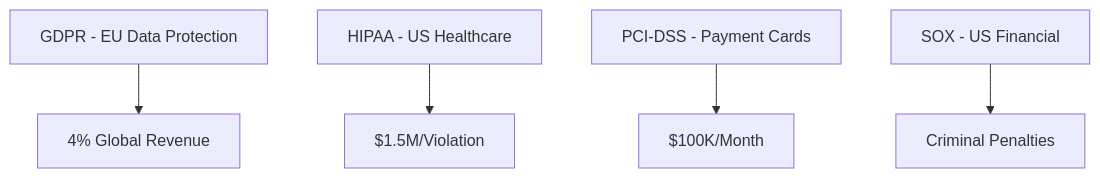
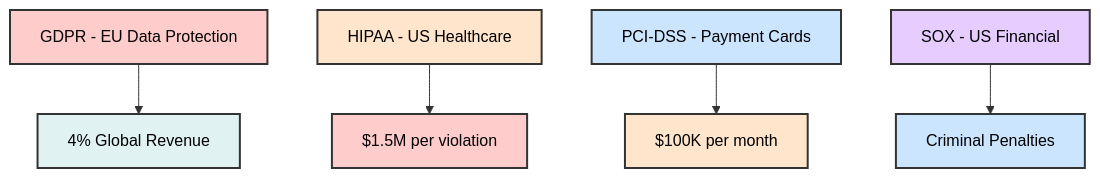
One commit to manojxshrestha/SOC-Analyst-Cheatsheet changed diagram 25 of 29 in 1-Incident-Handling-Process/README.md. Above: the diagram before and after it, drawn with Mermaid. The commit also changed other lines of this file, not shown here.

````diff
--- a/1-Incident-Handling-Process/README.md
+++ b/1-Incident-Handling-Process/README.md
@@ -1165,16 +1183,26 @@
 ```mermaid
 graph TD
     GDPR --> Fine1
     HIPAA --> Fine2
     PCI_DSS --> Fine3
     SOX --> Fine4
-    
+
     GDPR[GDPR - EU Data Protection]
     Fine1[4% Global Revenue]
     HIPAA[HIPAA - US Healthcare]
-    Fine2[$1.5M/Violation]
+    Fine2[$1.5M per violation]
     PCI_DSS[PCI-DSS - Payment Cards]
-    Fine3[$100K/Month]
+    Fine3[$100K per month]
     SOX[SOX - US Financial]
     Fine4[Criminal Penalties]
+
+    style GDPR fill:#ffcccc,stroke:#333,stroke-width:2px,color:#000
+    style HIPAA fill:#ffe5cc,stroke:#333,stroke-width:2px,color:#000
+    style PCI_DSS fill:#cce5ff,stroke:#333,stroke-width:2px,color:#000
+    style SOX fill:#e6ccff,stroke:#333,stroke-width:2px,color:#000
+
+    style Fine1 fill:#e0f2f1,stroke:#333,stroke-width:2px,color:#000
+    style Fine2 fill:#ffcccc,stroke:#333,stroke-width:2px,color:#000
+    style Fine3 fill:#ffe5cc,stroke:#333,stroke-width:2px,color:#000
+    style Fine4 fill:#cce5ff,stroke:#333,stroke-width:2px,color:#000
 ```
````
